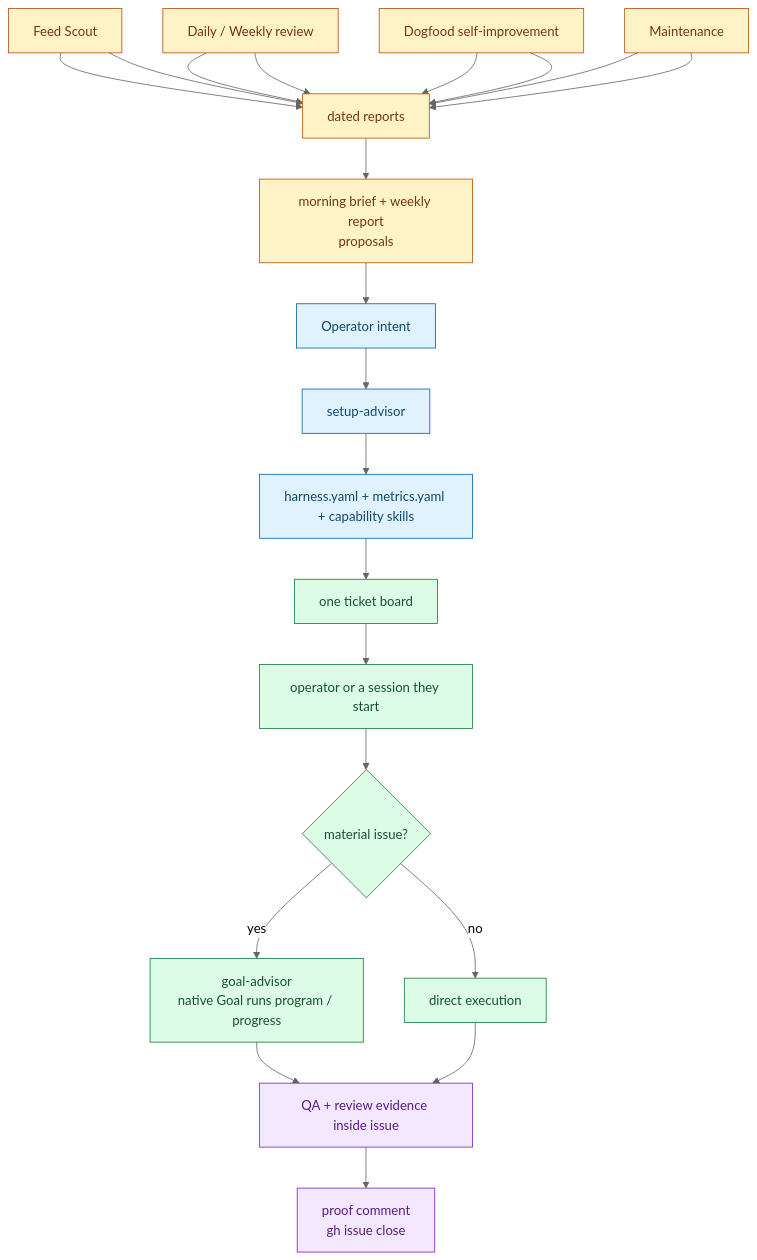
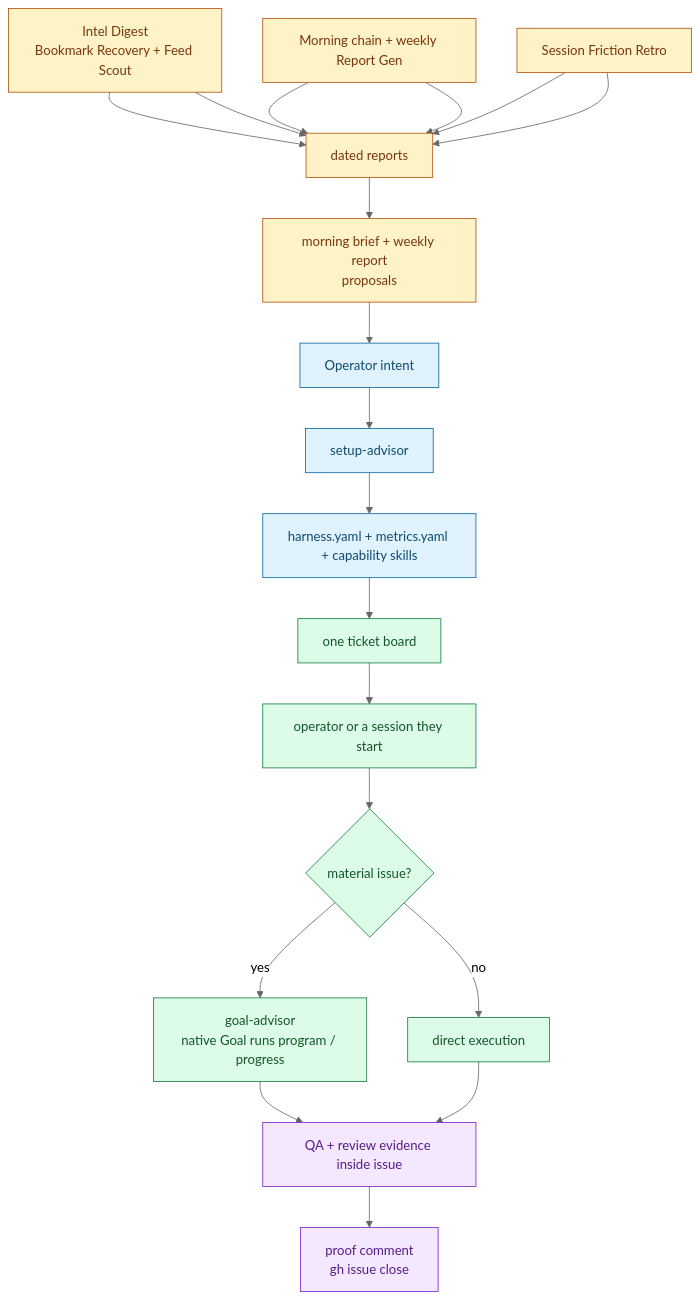
Before and after one commit to ZanarkandTechnologies/Farplane: the diagram in docs/farplane-framework/lifecycle.md, drawn with Mermaid (neutral theme). The commit also changed other lines of this file and 63 other files, not shown here.

````diff
--- a/docs/farplane-framework/lifecycle.md
+++ b/docs/farplane-framework/lifecycle.md
@@ -74,29 +73,27 @@
 ```mermaid
 flowchart TD
   classDef program fill:#e0f2fe,stroke:#0369a1,color:#0c4a6e
   classDef work fill:#dcfce7,stroke:#15803d,color:#14532d
   classDef source fill:#fef3c7,stroke:#b45309,color:#78350f
   classDef proof fill:#f3e8ff,stroke:#7e22ce,color:#581c87
 
   A["Operator intent"]:::program --> B["setup-advisor"]:::program
   B --> C["harness.yaml + metrics.yaml + capability skills"]:::program
   C --> D["one ticket board"]:::work
   D --> E["operator or a session they start"]:::work
   E --> F{"material issue?"}:::work
   F -->|yes| G["goal-advisor<br/>native Goal runs program / progress"]:::work
   F -->|no| H["direct execution"]:::work
   G --> I["QA + review evidence inside issue"]:::proof
   H --> I
   I --> J["proof comment<br/>gh issue close"]:::proof
 
-  K["Feed Scout"]:::source --> O
-  L["Daily / Weekly review"]:::source --> O
-  M["Dogfood self-improvement"]:::source --> O
-  N["Maintenance"]:::source --> O
+  K["Intel Digest<br/>Bookmark Recovery + Feed Scout"]:::source --> O
+  L["Morning chain + weekly Report Gen"]:::source --> O
+  M["Session Friction Retro"]:::source --> O
   K --> O["dated reports"]:::source
   L --> O
   M --> O
-  N --> O
   O --> P["morning brief + weekly report<br/>proposals"]:::source
   P --> A
 ```
````
